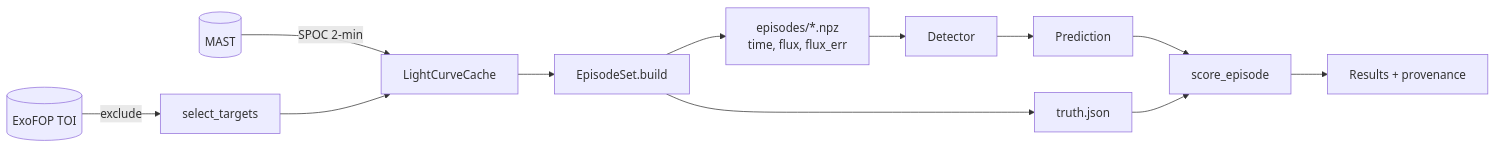
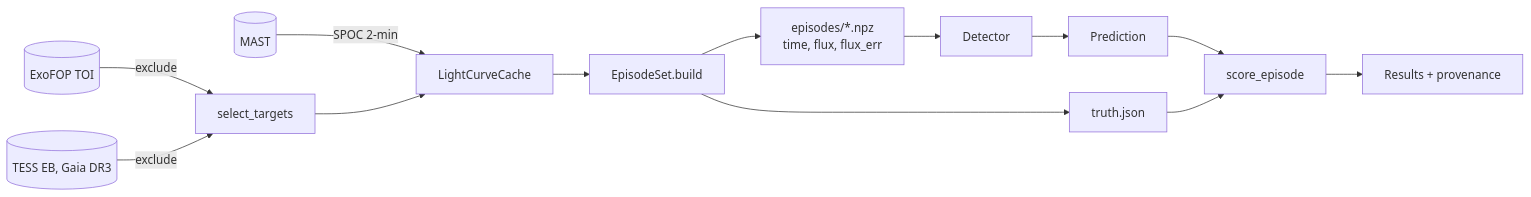
The diagram in README.md (siddharth7113/stargazer_model), drawn with Mermaid before and after one commit. The commit also changed other lines of this file and 15 other files, not shown here.

````diff
--- a/README.md
+++ b/README.md
@@ -92,14 +92,15 @@
 ```mermaid
 flowchart LR
     MAST[(MAST)] -->|SPOC 2-min| cache[LightCurveCache]
     TOI[(ExoFOP TOI)] -->|exclude| targets[select_targets]
+    EB[(TESS EB, Gaia DR3)] -->|exclude| targets
     targets --> cache
     cache --> build[EpisodeSet.build]
     build --> ep[episodes/*.npz<br/>time, flux, flux_err]
     build --> truth[truth.json]
     ep --> det[Detector]
     det --> pred[Prediction]
     pred --> score[score_episode]
     truth --> score
     score --> res[Results + provenance]
 ```
````
